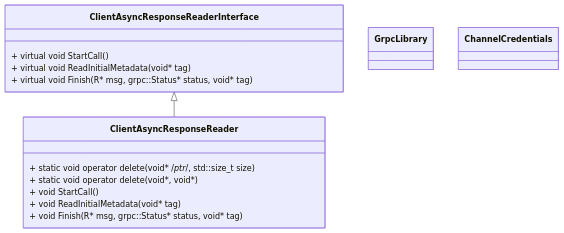
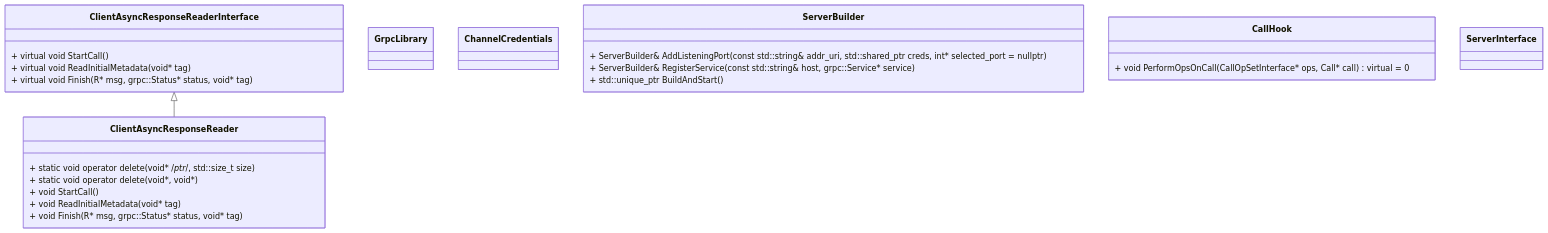
Before and after one commit to akai100/job_seek: the diagram in 编程语言/c++/grpc源码分析.md, drawn with Mermaid.

````diff
--- a/编程语言/c++/grpc源码分析.md
+++ b/编程语言/c++/grpc源码分析.md
@@ -1,21 +1,31 @@
 ```mermaid
 classDiagram
     class ClientAsyncResponseReaderInterface {
         + virtual void StartCall()
         + virtual void ReadInitialMetadata(void* tag)
         + virtual void Finish(R* msg, grpc::Status* status, void* tag)
     }
     class ClientAsyncResponseReader {
         + static void operator delete(void* /*ptr*/, std::size_t size)
         + static void operator delete(void*, void*)
         + void StartCall()
         + void ReadInitialMetadata(void* tag)
         + void Finish(R* msg, grpc::Status* status, void* tag)
     }
     ClientAsyncResponseReaderInterface <|-- ClientAsyncResponseReader
     class GrpcLibrary {
         
     }
     class ChannelCredentials {
     }
+    class ServerBuilder {
+        + ServerBuilder& AddListeningPort(const std::string& addr_uri, std::shared_ptr<grpc::ServerCredentials> creds, int* selected_port = nullptr)
+        + ServerBuilder& RegisterService(const std::string& host, grpc::Service* service)
+        + std::unique_ptr<grpc::Server> BuildAndStart()
+    }
+    class CallHook {
+        + void PerformOpsOnCall(CallOpSetInterface* ops, Call* call) virtual = 0
+    }
+    class ServerInterface {
+    }
 ```
````
